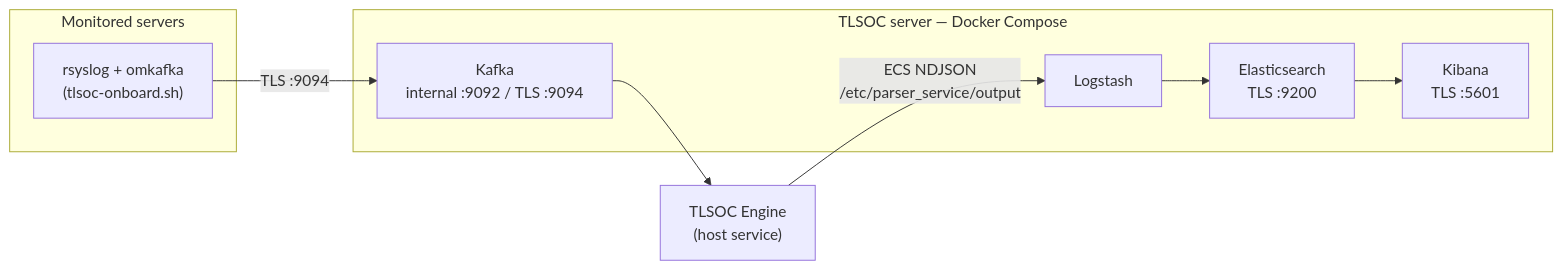
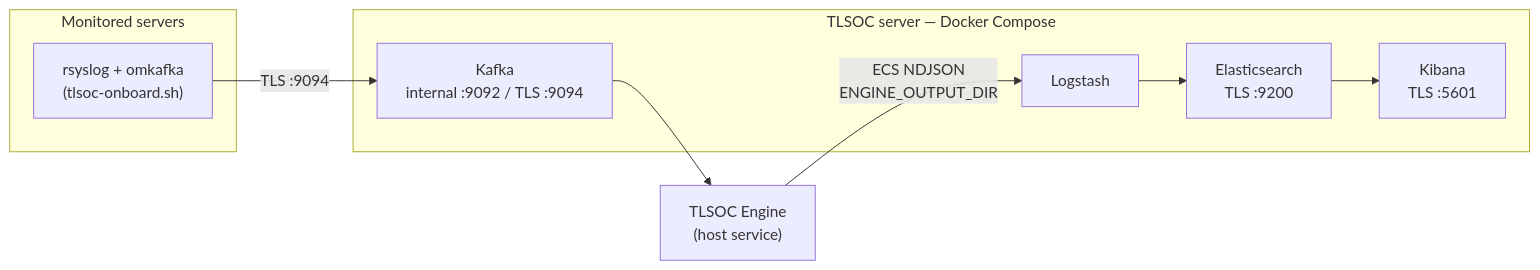
The diagram in README.md (sankettaware16/TLSOCDockerDeploy), drawn with Mermaid before and after one commit. The commit also changed other lines of this file and 4 other files, not shown here.

First line of the commit message:
Docs: daily per-service indices, ENGINE_OUTPUT_DIR, threat-intel, upgrade notes

````diff
--- a/README.md
+++ b/README.md
@@ -66,17 +66,17 @@
 ```mermaid
 flowchart LR
     subgraph src["Monitored servers"]
         RS["rsyslog + omkafka<br/>(tlsoc-onboard.sh)"]
     end
     subgraph host["TLSOC server — Docker Compose"]
         K["Kafka<br/>internal :9092 / TLS :9094"]
         LS["Logstash"]
         ES["Elasticsearch<br/>TLS :9200"]
         KB["Kibana<br/>TLS :5601"]
     end
     ENG["TLSOC Engine<br/>(host service)"]
     RS -- "TLS :9094" --> K
     K --> ENG
-    ENG -- "ECS NDJSON<br/>/etc/parser_service/output" --> LS
+    ENG -- "ECS NDJSON<br/>ENGINE_OUTPUT_DIR" --> LS
     LS --> ES --> KB
 ```
````
